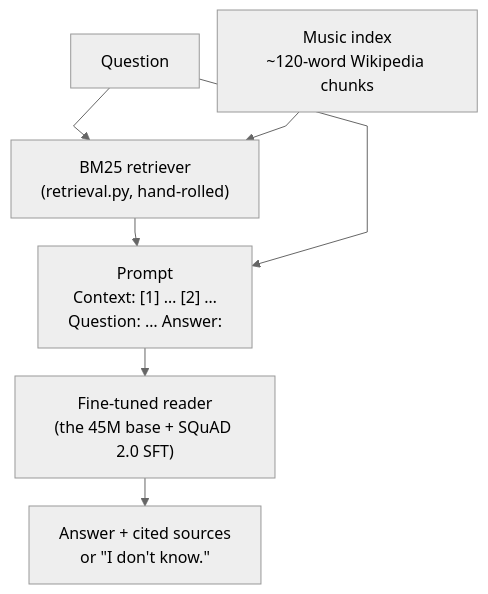
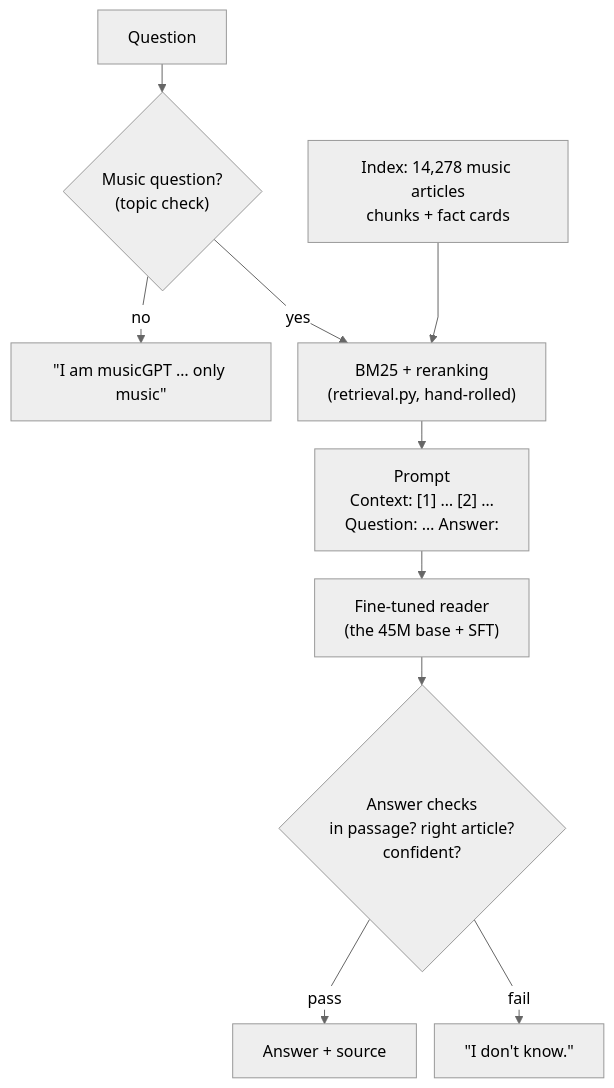
One commit to eric-solak/musicGPT changed the third of 3 diagrams in README.md. Above: the diagram before and after it, drawn with Mermaid (neutral theme). The commit also changed other lines of this file and 1 other file, not shown here.

First line of the commit message:
README: final Q&A results, the three fine-tuning runs, what broke, limits

````diff
--- a/README.md
+++ b/README.md
@@ -277,10 +306,13 @@
 ```mermaid
 %%{init: {'flowchart': {'nodeSpacing': 18, 'rankSpacing': 28, 'curve': 'linear'}}}%%
 flowchart TD
-    Q["Question"] --> BM25["BM25 retriever<br/>(retrieval.py, hand-rolled)"]
-    IDX["Music index<br/>~120-word Wikipedia chunks"] --> BM25
+    Q["Question"] --> TOPIC{"Music question?<br/>(topic check)"}
+    TOPIC -- no --> DECL["&quot;I am musicGPT … only music&quot;"]
+    TOPIC -- yes --> BM25["BM25 + reranking<br/>(retrieval.py, hand-rolled)"]
+    IDX["Index: 14,278 music articles<br/>chunks + fact cards"] --> BM25
     BM25 --> PROMPT["Prompt<br/>Context: [1] … [2] …<br/>Question: … Answer:"]
-    Q --> PROMPT
-    PROMPT --> READER["Fine-tuned reader<br/>(the 45M base + SQuAD 2.0 SFT)"]
-    READER --> A["Answer + cited sources<br/>or &quot;I don't know.&quot;"]
+    PROMPT --> READER["Fine-tuned reader<br/>(the 45M base + SFT)"]
+    READER --> CHECK{"Answer checks<br/>in passage? right article?<br/>confident?"}
+    CHECK -- pass --> A["Answer + source"]
+    CHECK -- fail --> IDK["&quot;I don't know.&quot;"]
 ```
````
